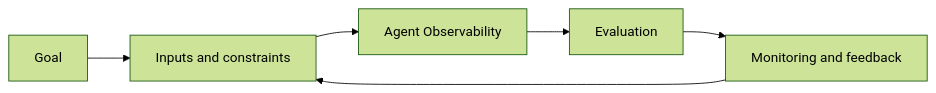
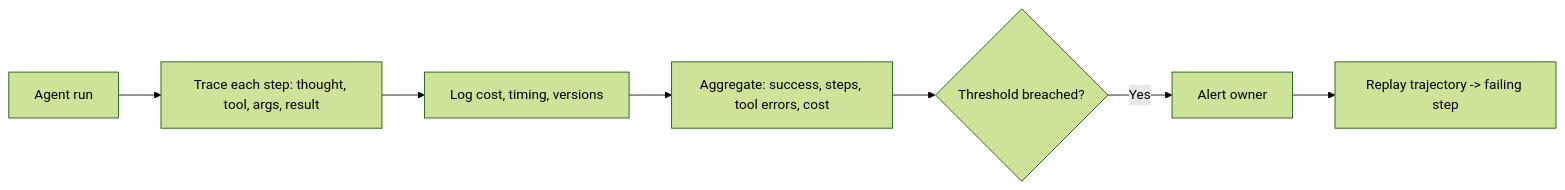
One commit to Icon1cc/Machine-Learning changed the diagram in agents/11-agent-observability.md. Above: the diagram before and after it, drawn with Mermaid (forest theme). The commit also changed other lines of this file and 118 other files, not shown here.

````diff
--- a/agents/11-agent-observability.md
+++ b/agents/11-agent-observability.md
@@ -93,8 +70,9 @@
 ```mermaid
 flowchart LR
-    A[Goal] --> B[Inputs and constraints]
-    B --> C[Agent Observability]
-    C --> D[Evaluation]
-    D --> E[Monitoring and feedback]
-    E --> B
+    A[Agent run] --> B[Trace each step: thought, tool, args, result]
+    B --> C[Log cost, timing, versions]
+    C --> D[Aggregate: success, steps, tool errors, cost]
+    D --> E{Threshold breached?}
+    E -- Yes --> F[Alert owner]
+    F --> G[Replay trajectory -> failing step]
 ```
````
